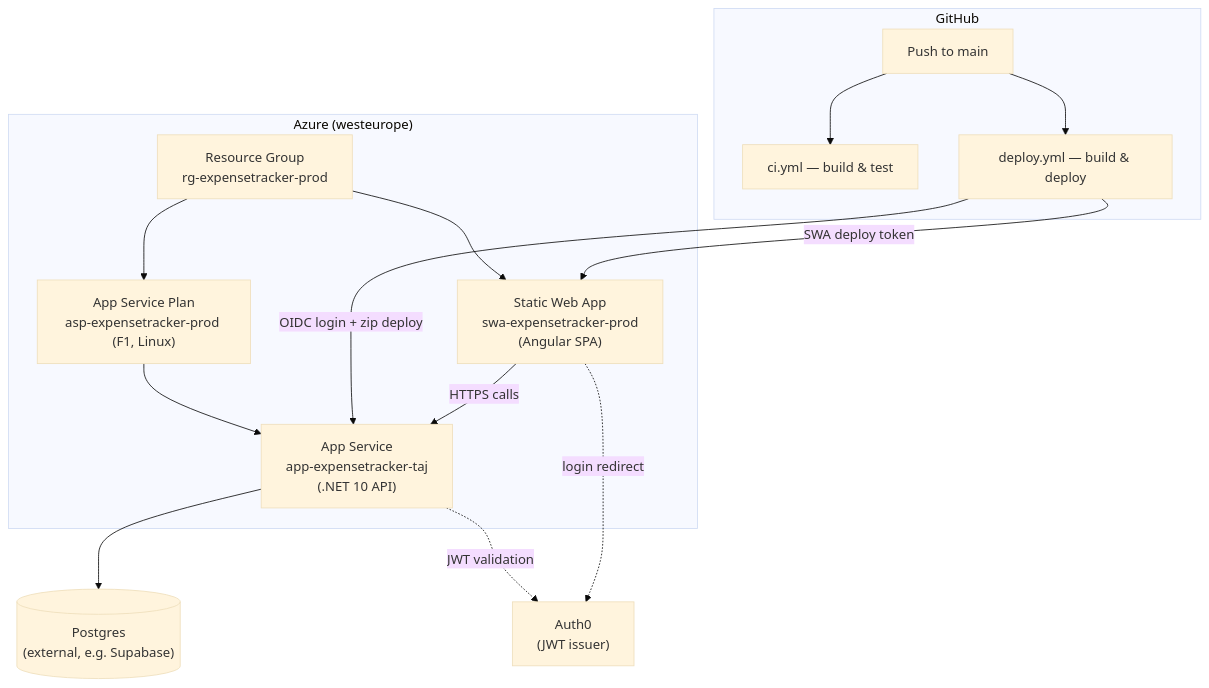
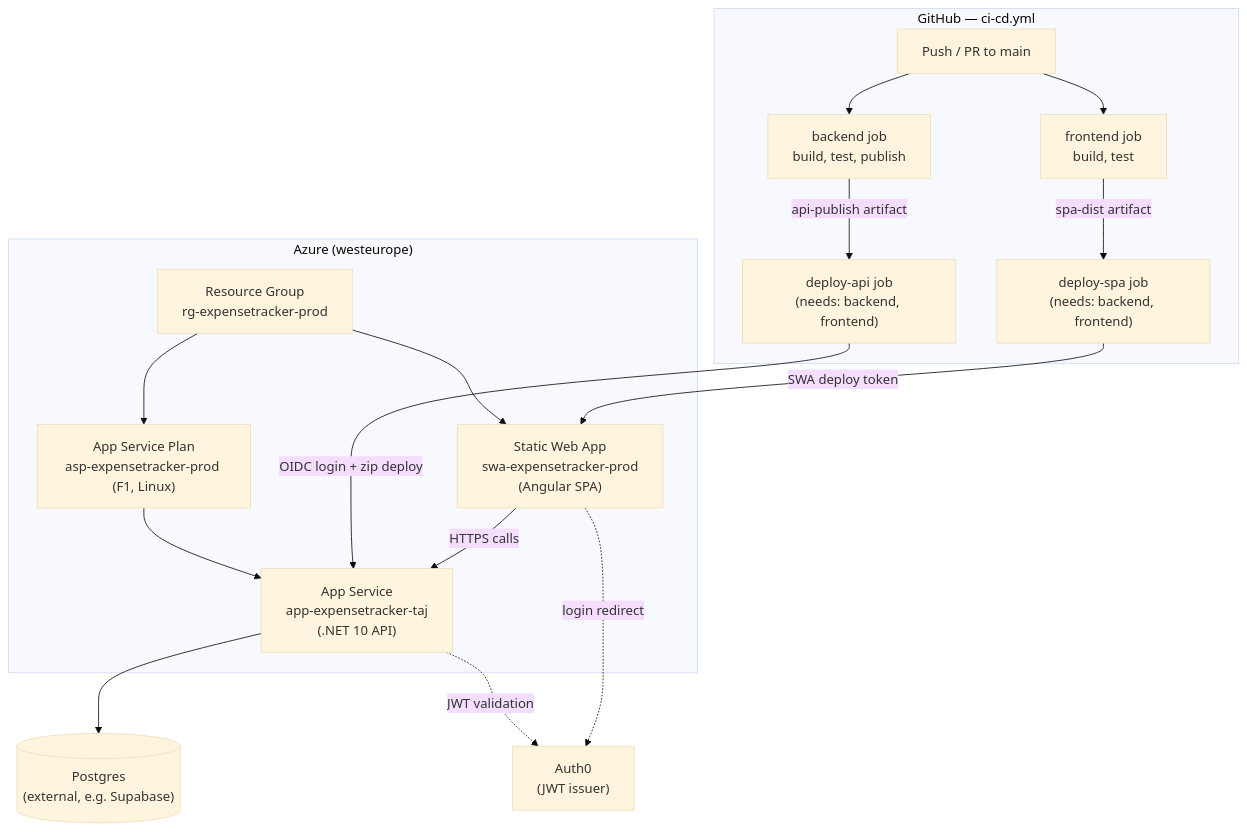
The diagram in Doc/azure-hosting-and-cicd.md (taj485/ExpenseTracker), drawn with Mermaid (base theme) before and after one commit. The commit also changed other lines of this file and 5 other files, not shown here.

````diff
--- a/Doc/azure-hosting-and-cicd.md
+++ b/Doc/azure-hosting-and-cicd.md
@@ -7,29 +7,33 @@
 ```mermaid
 flowchart TB
-    subgraph GH["GitHub"]
-        Push["Push to main"]
-        CI["ci.yml — build & test"]
-        CD["deploy.yml — build & deploy"]
+    subgraph GH["GitHub — ci-cd.yml"]
+        Push["Push / PR to main"]
+        Backend["backend job\nbuild, test, publish"]
+        Frontend["frontend job\nbuild, test"]
+        DeployAPI["deploy-api job\n(needs: backend, frontend)"]
+        DeploySPA["deploy-spa job\n(needs: backend, frontend)"]
+        Push --> Backend
+        Push --> Frontend
+        Backend -- "api-publish artifact" --> DeployAPI
+        Frontend -- "spa-dist artifact" --> DeploySPA
     end
 
     subgraph Azure["Azure (westeurope)"]
         RG["Resource Group\nrg-expensetracker-prod"]
         Plan["App Service Plan\nasp-expensetracker-prod (F1, Linux)"]
         API["App Service\napp-expensetracker-taj\n(.NET 10 API)"]
         SWA["Static Web App\nswa-expensetracker-prod\n(Angular SPA)"]
         RG --> Plan --> API
         RG --> SWA
     end
 
     DB[("Postgres\n(external, e.g. Supabase)")]
     Auth0["Auth0\n(JWT issuer)"]
 
-    Push --> CI
-    Push --> CD
-    CD -- "OIDC login + zip deploy" --> API
-    CD -- "SWA deploy token" --> SWA
+    DeployAPI -- "OIDC login + zip deploy" --> API
+    DeploySPA -- "SWA deploy token" --> SWA
     API --> DB
     API -.JWT validation.-> Auth0
     SWA -.login redirect.-> Auth0
     SWA -- "HTTPS calls" --> API
 ```
````
